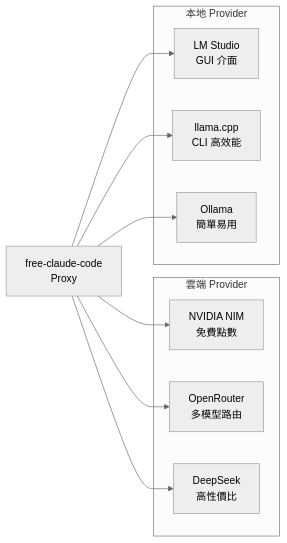
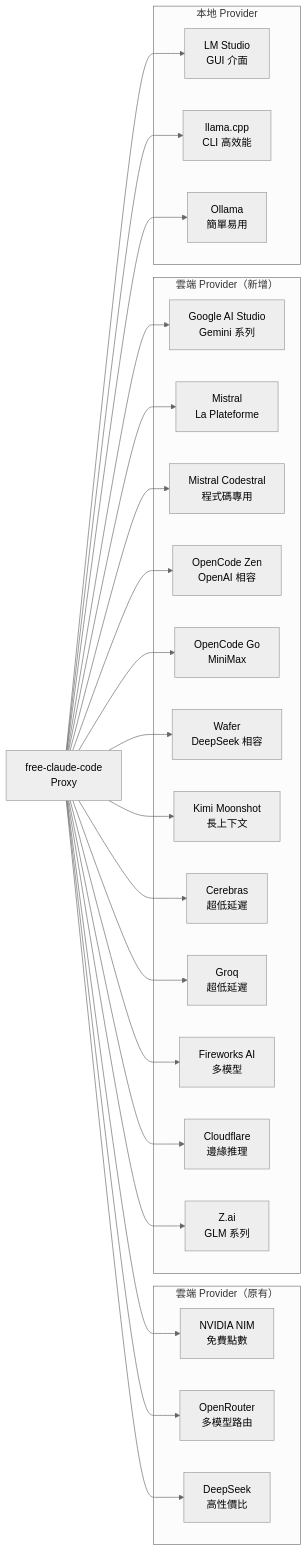
The fifth of 20 diagrams in content/posts/教學/AI開發/free-claude-code 教學手冊.md (chihhung/Blog), drawn with Mermaid (neutral theme) before and after one commit. The commit also changed other lines of this file and 8 other files, not shown here.

````diff
--- a/content/posts/教學/AI開發/free-claude-code 教學手冊.md
+++ b/content/posts/教學/AI開發/free-claude-code 教學手冊.md
@@ -618,23 +766,50 @@
 ```mermaid
 graph LR
-    subgraph "雲端 Provider"
+    FCC[free-claude-code<br/>Proxy]
+
+    subgraph "雲端 Provider（原有）"
         NIM[NVIDIA NIM<br/>免費點數]
         OR[OpenRouter<br/>多模型路由]
         DS[DeepSeek<br/>高性價比]
+    end
+
+    subgraph "雲端 Provider（新增）"
+        GEM[Google AI Studio<br/>Gemini 系列]
+        MST[Mistral<br/>La Plateforme]
+        CST[Mistral Codestral<br/>程式碼專用]
+        OZN[OpenCode Zen<br/>OpenAI 相容]
+        OGO[OpenCode Go<br/>MiniMax]
+        WAF[Wafer<br/>DeepSeek 相容]
+        KIM[Kimi Moonshot<br/>長上下文]
+        CER[Cerebras<br/>超低延遲]
+        GRQ[Groq<br/>超低延遲]
+        FWK[Fireworks AI<br/>多模型]
+        CLF[Cloudflare<br/>邊緣推理]
+        ZAI[Z.ai<br/>GLM 系列]
     end
 
     subgraph "本地 Provider"
         LMS[LM Studio<br/>GUI 介面]
         LC[llama.cpp<br/>CLI 高效能]
         OL[Ollama<br/>簡單易用]
     end
 
-    FCC[free-claude-code<br/>Proxy]
-
     FCC --> NIM
     FCC --> OR
     FCC --> DS
+    FCC --> GEM
+    FCC --> MST
+    FCC --> CST
+    FCC --> OZN
+    FCC --> OGO
+    FCC --> WAF
+    FCC --> KIM
+    FCC --> CER
+    FCC --> GRQ
+    FCC --> FWK
+    FCC --> CLF
+    FCC --> ZAI
     FCC --> LMS
     FCC --> LC
     FCC --> OL
 ```
````
